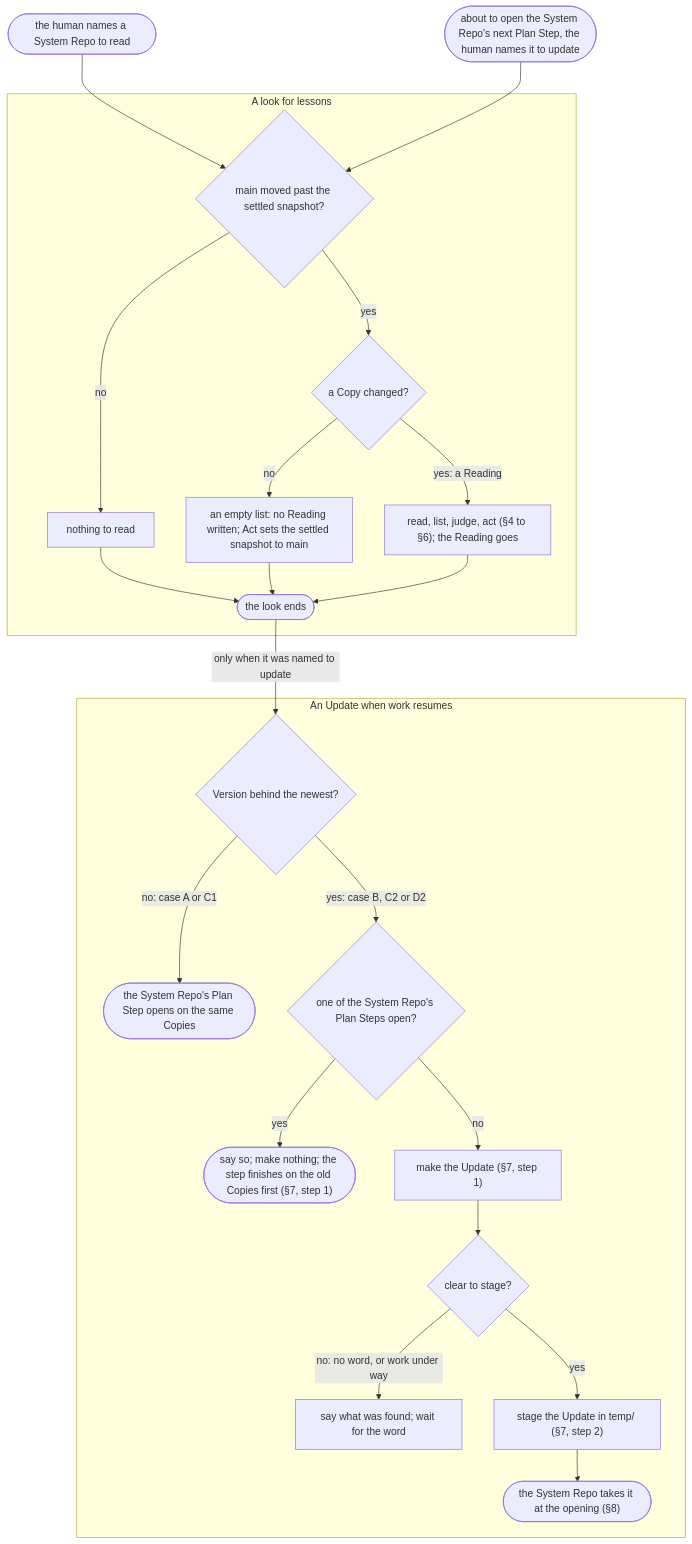
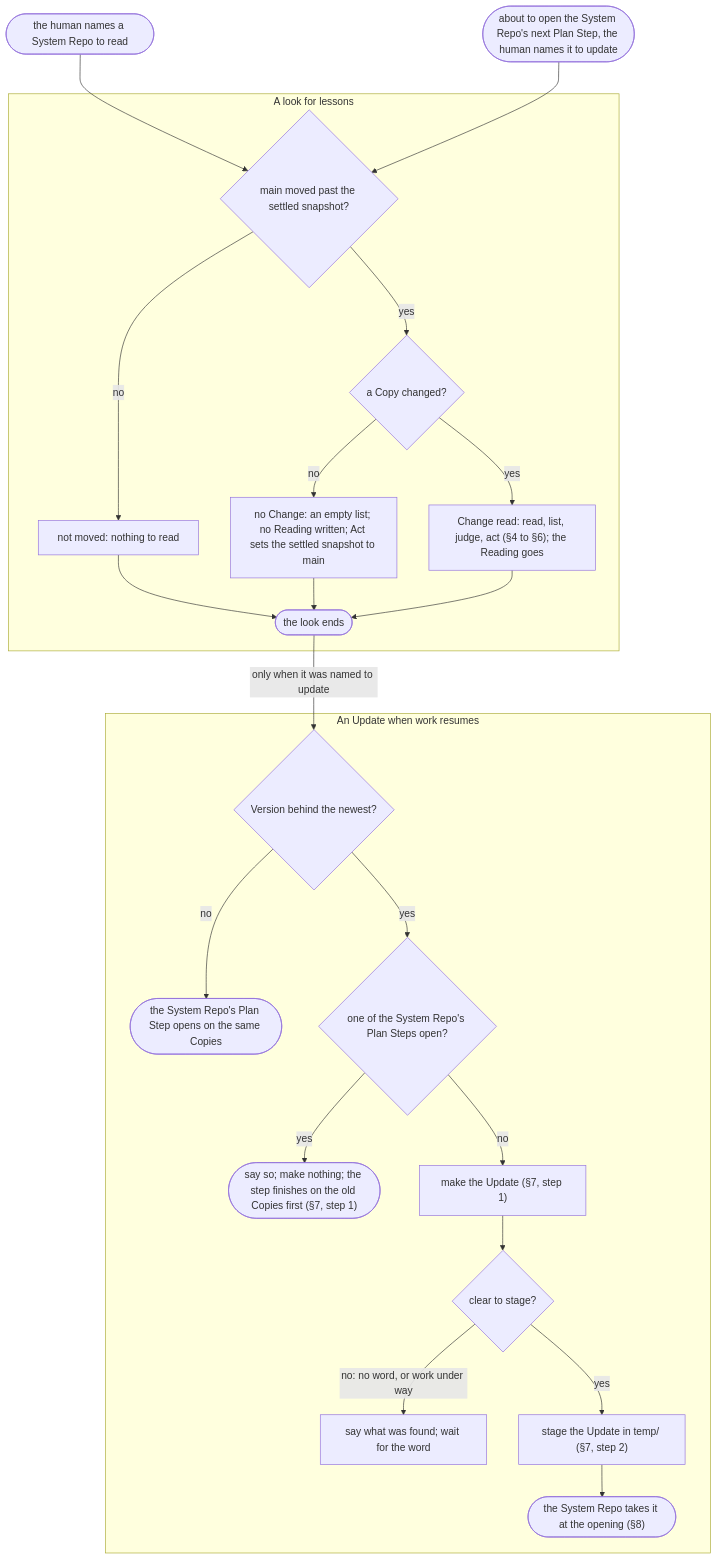
One commit to edgaras87/correctness-by-construction changed the diagram in temp/common-ground/system-repo-change-flow.md. Above: the diagram before and after it, drawn with Mermaid. The commit also changed other lines of this file, not shown here.

Commit message:
docs: temp's chart names the look's three cases
The chart's end boxes take the simulation's case names, not
letters, and the Update box's arrows lose the five case lists:
Deliver's check answers only yes or no. The case pictures below
are redrawn next.

````diff
--- a/temp/common-ground/system-repo-change-flow.md
+++ b/temp/common-ground/system-repo-change-flow.md
@@ -41,27 +41,27 @@
 ```mermaid
 flowchart TD
   read(["the human names a System Repo to read"]) --> c1
   upd(["about to open the System Repo's next Plan Step, the human names it to update"]) --> c1
   subgraph lessons ["A look for lessons"]
     c1{"main moved past the settled snapshot?"}
-    c1 -- no --> A["nothing to read"]
+    c1 -- no --> A["not moved: nothing to read"]
     c1 -- yes --> c2{"a Copy changed?"}
-    c2 -- no --> C["an empty list: no Reading written; Act sets the settled snapshot to main"]
-    c2 -- "yes: a Reading" --> D["read, list, judge, act (§4 to §6); the Reading goes"]
+    c2 -- no --> C["no Change: an empty list; no Reading written; Act sets the settled snapshot to main"]
+    c2 -- yes --> D["Change read: read, list, judge, act (§4 to §6); the Reading goes"]
     A --> done(["the look ends"])
     C --> done
     D --> done
   end
   done -- "only when it was named to update" --> c3
   subgraph update ["An Update when work resumes"]
     c3{"Version behind the newest?"}
-    c3 -- "no: case A or C1" --> same(["the System Repo's Plan Step opens on the same Copies"])
-    c3 -- "yes: case B, C2 or D2" --> open{"one of the System Repo's Plan Steps open?"}
+    c3 -- no --> same(["the System Repo's Plan Step opens on the same Copies"])
+    c3 -- yes --> open{"one of the System Repo's Plan Steps open?"}
     open -- "yes" --> wait1(["say so; make nothing; the step finishes on the old Copies first (§7, step 1)"])
     open -- no --> make["make the Update (§7, step 1)"]
     make --> ok{"clear to stage?"}
     ok -- "no: no word, or work under way" --> wait["say what was found; wait for the word"]
     ok -- yes --> stage["stage the Update in temp/ (§7, step 2)"]
     stage --> take(["the System Repo takes it at the opening (§8)"])
   end
 ```
````
